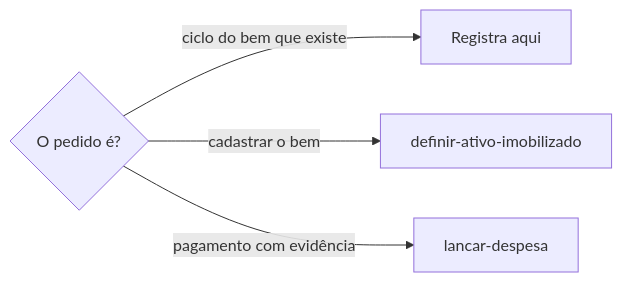
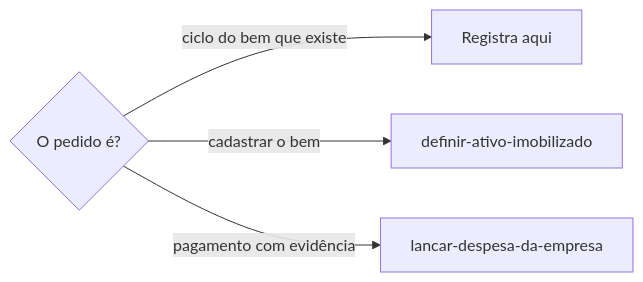
One commit to jimmyandrade/harness changed the first of 2 diagrams in .agents/skills/registrar-ciclo-do-ativo/SKILL.md. Above: the diagram before and after it, drawn with Mermaid. The commit also changed other lines of this file and 16 other files, not shown here.

First line of the commit message:
feat(lancar-despesa-da-empresa)!: name the company in the expense skill

````diff
--- a/.agents/skills/registrar-ciclo-do-ativo/SKILL.md
+++ b/.agents/skills/registrar-ciclo-do-ativo/SKILL.md
@@ -30,6 +30,6 @@
 ```mermaid
 flowchart LR
   Q{O pedido é?} -->|ciclo do bem que existe| A[Registra aqui]
   Q -->|cadastrar o bem| D[definir-ativo-imobilizado]
-  Q -->|pagamento com evidência| P[lancar-despesa]
+  Q -->|pagamento com evidência| P[lancar-despesa-da-empresa]
 ```
````
